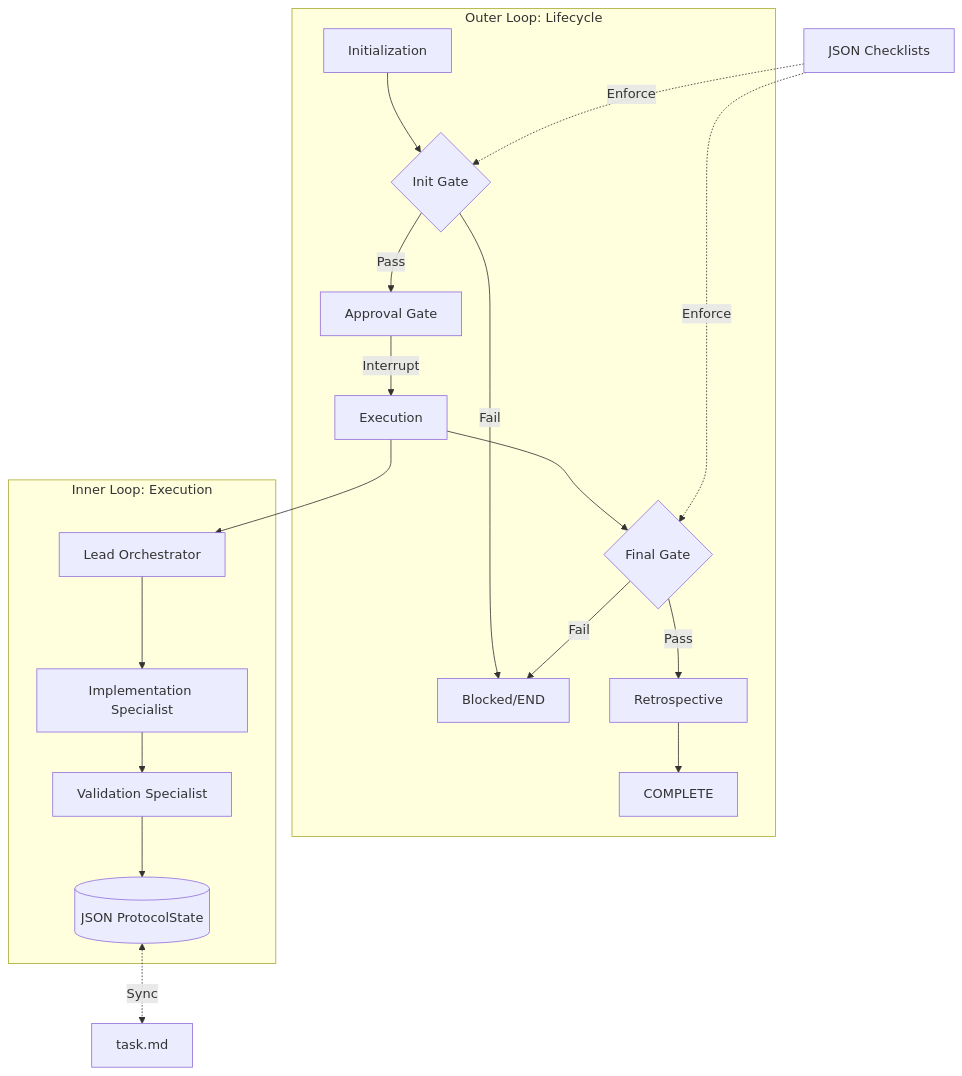
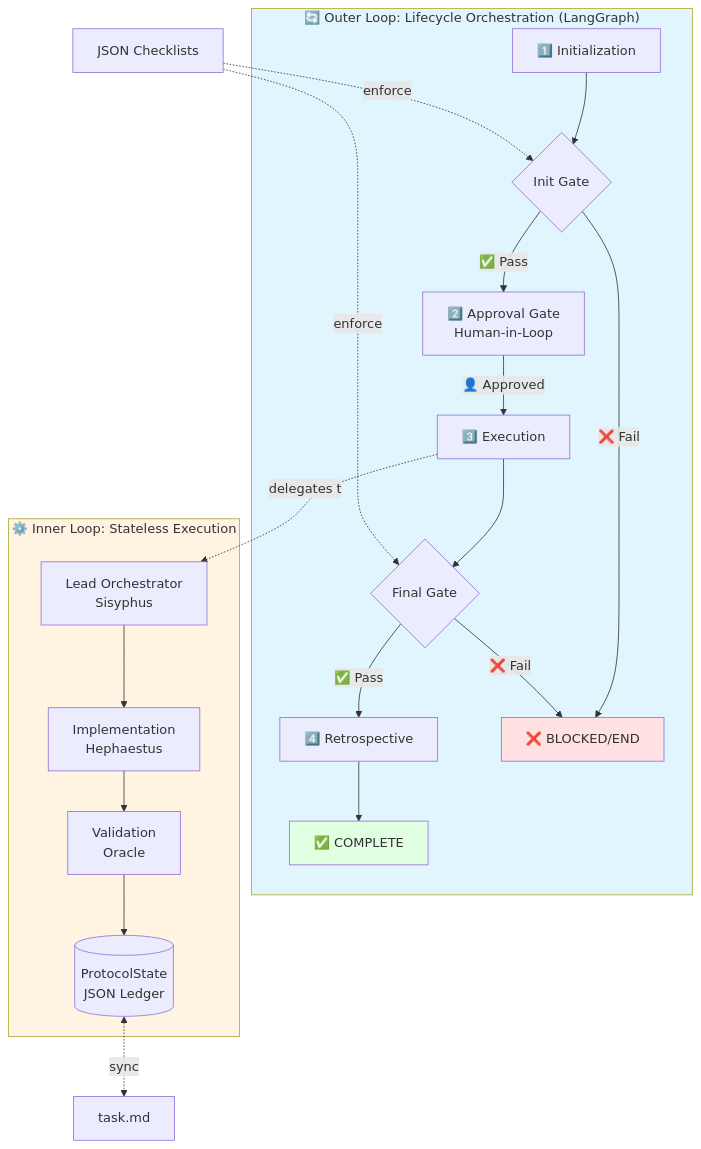
Before and after one commit to marcdhansen/agent-harness: the first of 4 diagrams in README.md, drawn with Mermaid. The commit also changed other lines of this file, not shown here.

````diff
--- a/README.md
+++ b/README.md
@@ -53,24 +66,43 @@
 ```mermaid
-graph TD
-    subgraph OuterHarness [Outer Loop: Lifecycle]
-        Init[Initialization] --> Gate1{Init Gate}
-        Gate1 -- Pass --> Appr[Approval Gate]
-        Gate1 -- Fail --> Blocked[Blocked/END]
-        Appr -- Interrupt --> Exec[Execution]
-        Exec --> Gate2{Final Gate}
-        Gate2 -- Pass --> Retro[Retrospective]
-        Gate2 -- Fail --> Blocked
-        Retro --> Done[COMPLETE]
+graph TB
+    subgraph Outer["🔄 Outer Loop: Lifecycle Orchestration (LangGraph)"]
+        Init[1️⃣ Initialization]
+        InitGate{Init Gate}
+        Approval[2️⃣ Approval Gate<br/>Human-in-Loop]
+        Exec[3️⃣ Execution]
+        FinalGate{Final Gate}
+        Retro[4️⃣ Retrospective]
+        Done[✅ COMPLETE]
+        Blocked[❌ BLOCKED/END]
+        
+        Init --> InitGate
+        InitGate -->|✅ Pass| Approval
+        InitGate -->|❌ Fail| Blocked
+        Approval -->|👤 Approved| Exec
+        Exec --> FinalGate
+        FinalGate -->|✅ Pass| Retro
+        FinalGate -->|❌ Fail| Blocked
+        Retro --> Done
     end
-
-    subgraph InnerHarness [Inner Loop: Execution]
-        Exec --> Sisyphus[Lead Orchestrator]
-        Sisyphus --> Hephaestus[Implementation Specialist]
-        Hephaestus --> Oracle[Validation Specialist]
-        Oracle --> Ledger[(JSON ProtocolState)]
+    
+    subgraph Inner["⚙️ Inner Loop: Stateless Execution"]
+        Sisyphus[Lead Orchestrator<br/>Sisyphus]
+        Hephaestus[Implementation<br/>Hephaestus]
+        Oracle[Validation<br/>Oracle]
+        Ledger[(ProtocolState<br/>JSON Ledger)]
+        
+        Exec -.delegates to.-> Sisyphus
+        Sisyphus --> Hephaestus
+        Hephaestus --> Oracle
+        Oracle --> Ledger
     end
-
-    Ledger <-. Sync .-> TaskMD[task.md]
-    Rules[JSON Checklists] -. Enforce .-> Gate1
-    Rules -. Enforce .-> Gate2
+    
+    Ledger <-.sync.-> TaskMD[task.md]
+    Rules[JSON Checklists] -.enforce.-> InitGate
+    Rules -.enforce.-> FinalGate
+    
+    style Outer fill:#e1f5ff
+    style Inner fill:#fff4e1
+    style Blocked fill:#ffe1e1
+    style Done fill:#e1ffe1
 ```
````
